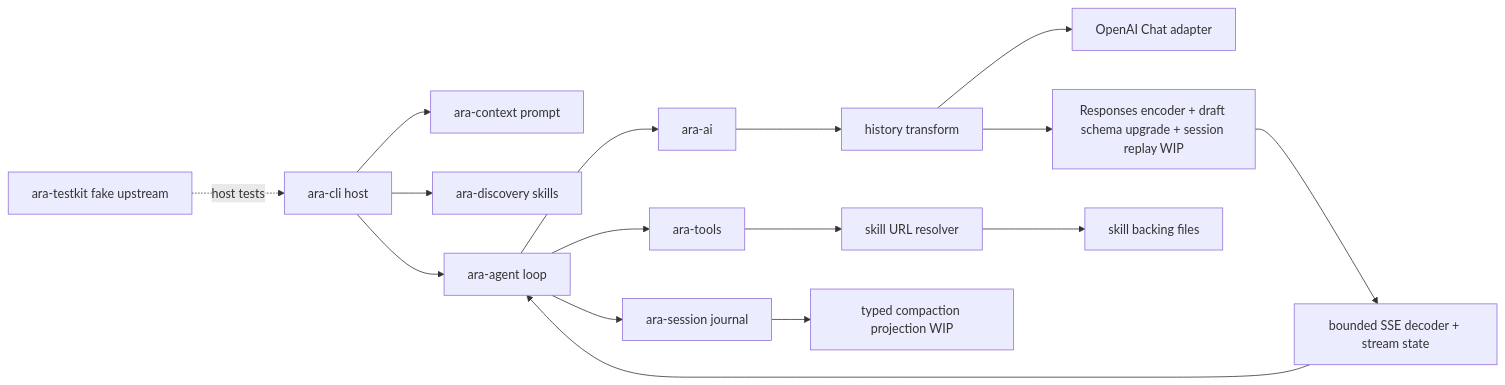
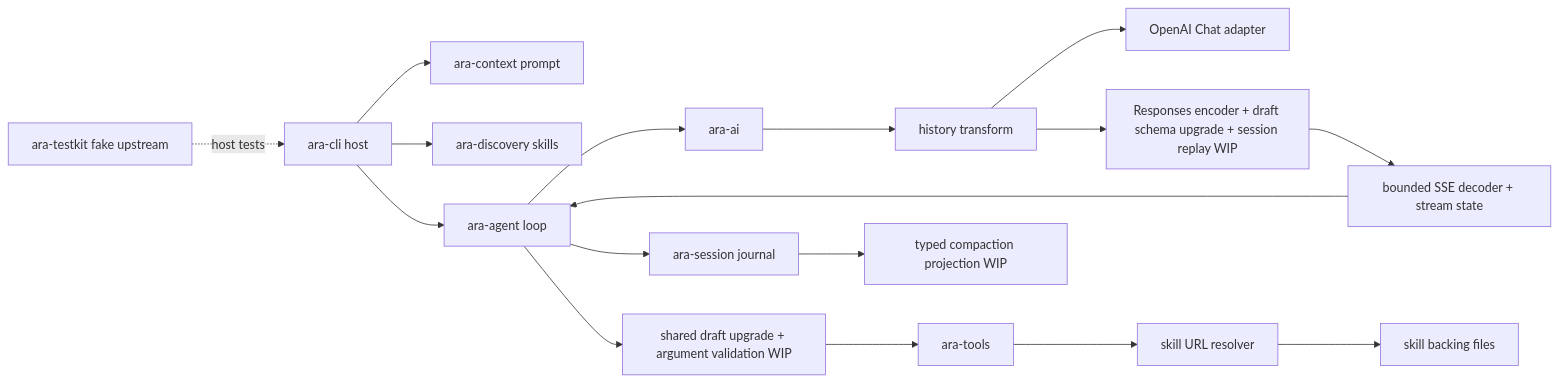
Before and after one commit to ZZray/ara: the diagram in docs/handoffs/2026-09-27.md, drawn with Mermaid. The commit also changed other lines of this file and 9 other files, not shown here.

Commit message:
WIP: validate upgraded tool schemas before execution

````diff
--- a/docs/handoffs/2026-09-27.md
+++ b/docs/handoffs/2026-09-27.md
@@ -71,18 +78,19 @@
 ```mermaid
 flowchart LR
     CLI[ara-cli host] --> CTX[ara-context prompt]
     CLI --> DISC[ara-discovery skills]
     CLI --> AGT[ara-agent loop]
     AGT --> AI[ara-ai]
     AI --> XFORM[history transform]
     XFORM --> PROVIDER[OpenAI Chat adapter]
     XFORM --> RESP[Responses encoder + draft schema upgrade + session replay WIP]
     RESP --> SSE[bounded SSE decoder + stream state]
     SSE --> AGT
-    AGT --> TOOLS[ara-tools]
+    AGT --> VALID[shared draft upgrade + argument validation WIP]
+    VALID --> TOOLS[ara-tools]
     TOOLS --> URL[skill URL resolver]
     URL --> FS[skill backing files]
     AGT --> SES[ara-session journal]
     SES --> PROJ[typed compaction projection WIP]
     TK[ara-testkit fake upstream] -. host tests .-> CLI
 ```
````
